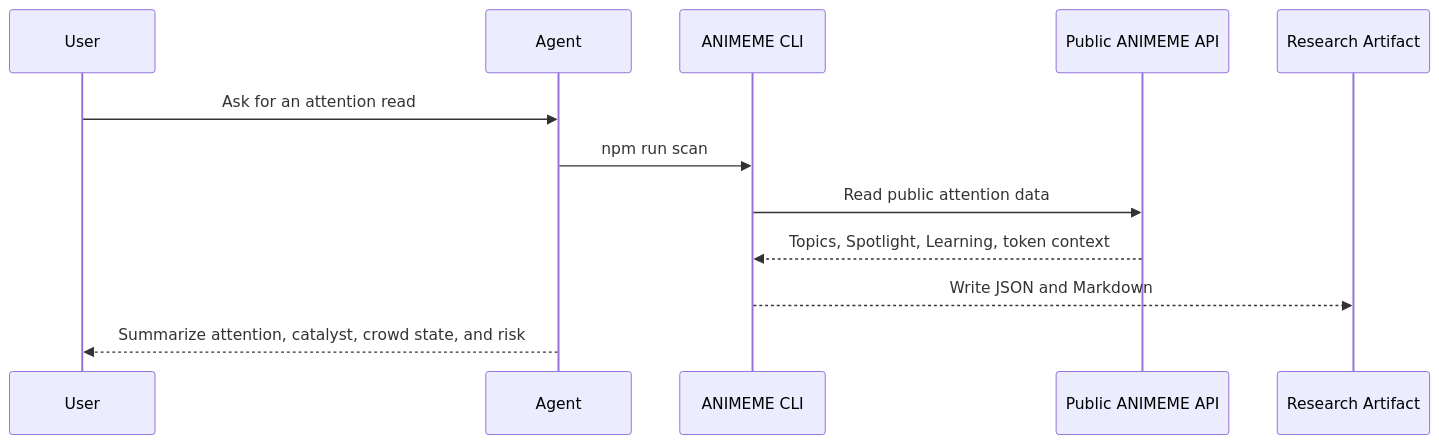
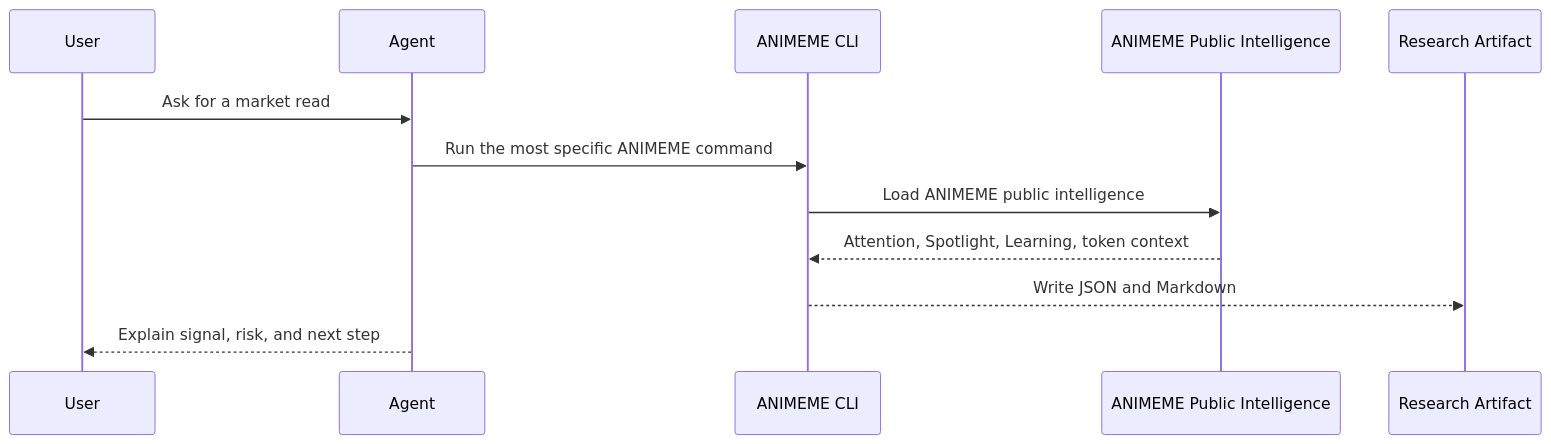
Before and after one commit to animeme99/Animeme-Agent: the diagram in README.md, drawn with Mermaid. The commit also changed other lines of this file and 7 other files, not shown here.

Commit message:
Polish public ANIMEME docs

````diff
--- a/README.md
+++ b/README.md
@@ -326,15 +334,15 @@
 ```mermaid
 sequenceDiagram
     participant U as User
     participant A as Agent
     participant C as ANIMEME CLI
-    participant P as Public ANIMEME API
+    participant P as ANIMEME Public Intelligence
     participant R as Research Artifact
 
-    U->>A: Ask for an attention read
-    A->>C: npm run scan
-    C->>P: Read public attention data
-    P-->>C: Topics, Spotlight, Learning, token context
+    U->>A: Ask for a market read
+    A->>C: Run the most specific ANIMEME command
+    C->>P: Load ANIMEME public intelligence
+    P-->>C: Attention, Spotlight, Learning, token context
     C-->>R: Write JSON and Markdown
-    A-->>U: Summarize attention, catalyst, crowd state, and risk
+    A-->>U: Explain signal, risk, and next step
 ```
````
